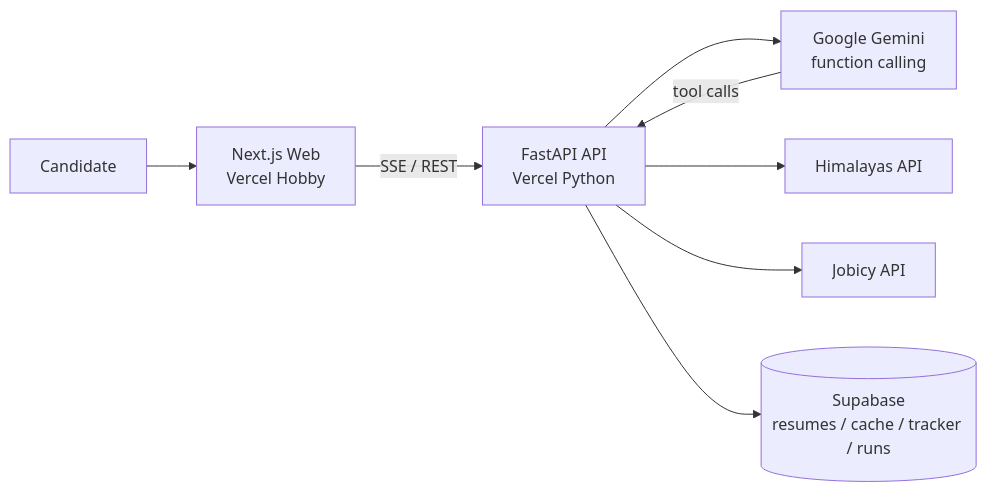
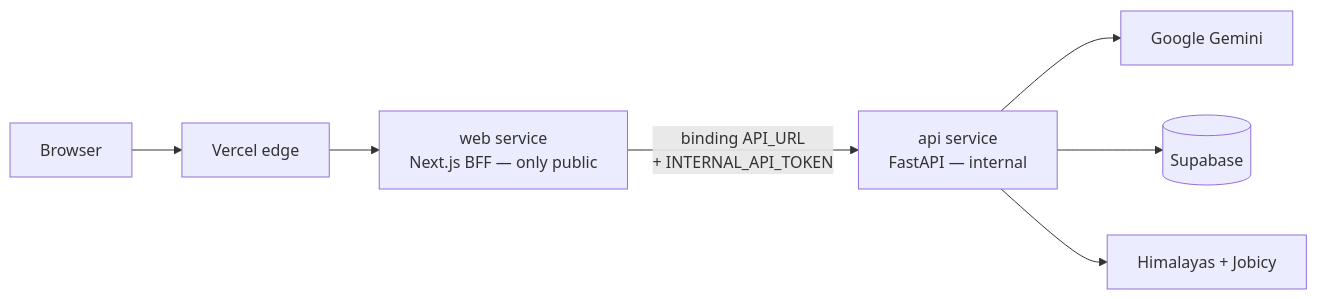
One commit to drin-tech-tools/job-hunt-agent changed the first of 3 diagrams in README.md. Above: the diagram before and after it, drawn with Mermaid. The commit also changed other lines of this file and 26 other files, not shown here.

First line of the commit message:
Configure single Vercel Services project with Next.js BFF

````diff
--- a/README.md
+++ b/README.md
@@ -15,10 +15,9 @@
 ```mermaid
 flowchart LR
-  User[Candidate] --> Web[Next.js Web<br/>Vercel Hobby]
-  Web -->|SSE / REST| API[FastAPI API<br/>Vercel Python]
-  API --> Gemini[Google Gemini<br/>function calling]
-  API --> Him[Himalayas API]
-  API --> Job[Jobicy API]
-  API --> SB[(Supabase<br/>resumes / cache / tracker / runs)]
-  Gemini -->|tool calls| API
+  Browser[Browser] --> Edge[Vercel edge]
+  Edge --> Web[web service<br/>Next.js BFF — only public]
+  Web -->|"binding API_URL<br/>+ INTERNAL_API_TOKEN"| API[api service<br/>FastAPI — internal]
+  API --> Gemini[Google Gemini]
+  API --> SB[(Supabase)]
+  API --> Boards[Himalayas + Jobicy]
 ```
````
